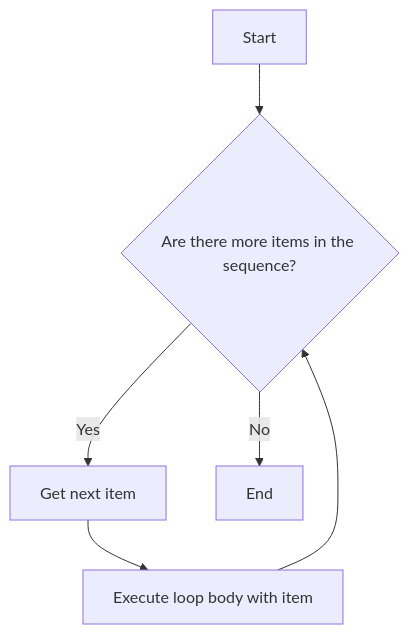
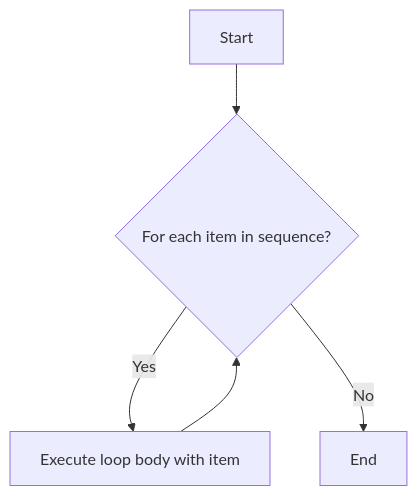
Before and after one commit to raphaelmansuy/adk-code: the third of 3 diagrams in tutorials/python/chapter_3_control_flow.md, drawn with Mermaid. The commit also changed other lines of this file and 24 other files, not shown here.

````diff
--- a/tutorials/python/chapter_3_control_flow.md
+++ b/tutorials/python/chapter_3_control_flow.md
@@ -207,9 +152,8 @@
 ```mermaid
 graph TD
     A[Start]
-    A --> B{Are there more items in the sequence?}
-    B -- Yes --> C[Get next item]
-    C --> D[Execute loop body with item]
-    D --> B
-    B -- No --> E[End]
+    A --> B{For each item in sequence?}
+    B -- Yes --> C[Execute loop body with item]
+    C --> B
+    B -- No --> D[End]
 ```
````
